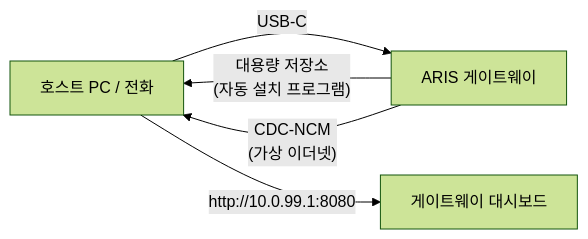
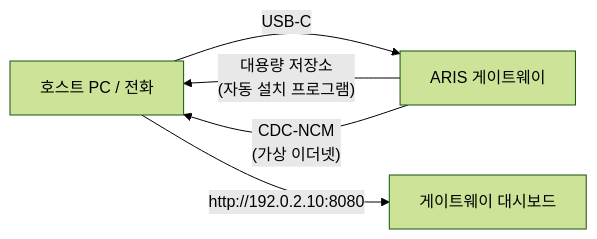
Before and after one commit to celestia-island/aris: the diagram in docs/ko/guides/usb-c-provisioning.md, drawn with Mermaid (forest theme). The commit also changed other lines of this file and 18 other files, not shown here.

````diff
--- a/docs/ko/guides/usb-c-provisioning.md
+++ b/docs/ko/guides/usb-c-provisioning.md
@@ -26,7 +26,7 @@
 ```mermaid
 flowchart LR
     HOST["호스트 PC / 전화"] -->|"USB-C"| ARIS["ARIS 게이트웨이"]
     ARIS -->|"대용량 저장소\n(자동 설치 프로그램)"| HOST
     ARIS -->|"CDC-NCM\n(가상 이더넷)"| HOST
-    HOST -->|"http://10.0.99.1:8080"| DASH["게이트웨이 대시보드"]
+    HOST -->|"http://192.0.2.10:8080"| DASH["게이트웨이 대시보드"]
 ```
````
